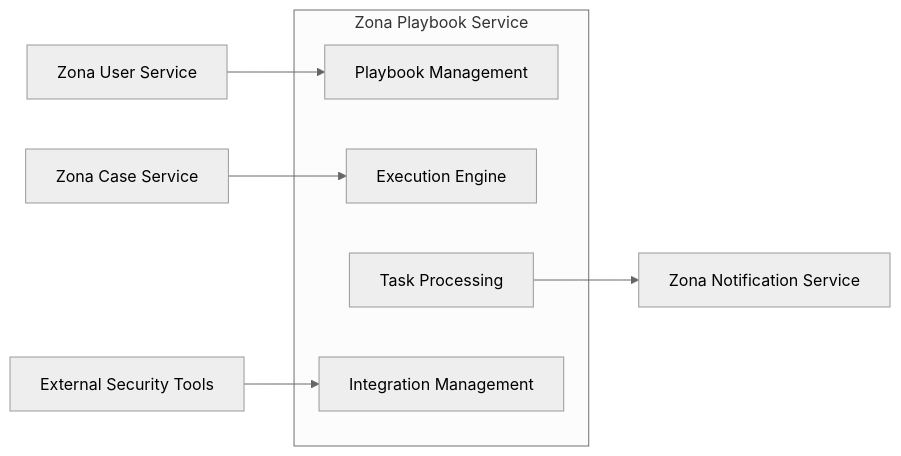
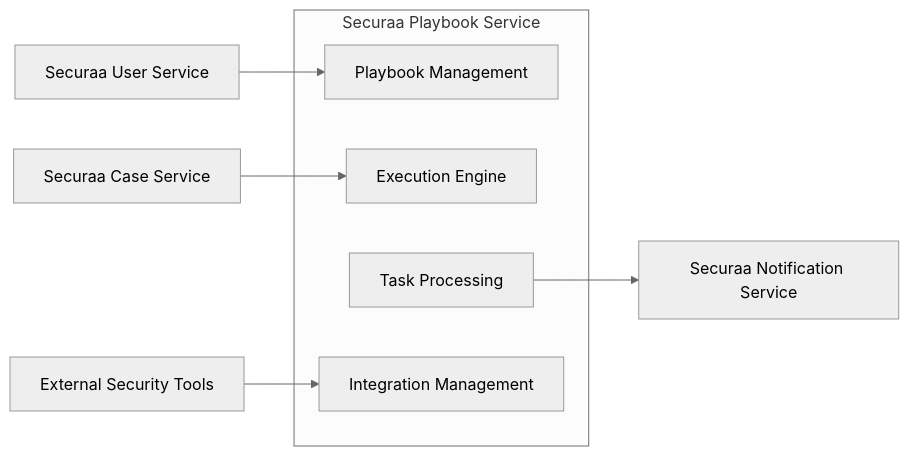
Before and after one commit to Vishwa0220/securaa-internal-documents: the third of 9 diagrams in HIGH_LEVEL_DESIGN.md, drawn with Mermaid (neutral theme). The commit also changed other lines of this file, not shown here.

Commit message:
Update HIGH_LEVEL_DESIGN.md: replace zona with securaa and reduce code block spacing

````diff
--- a/HIGH_LEVEL_DESIGN.md
+++ b/HIGH_LEVEL_DESIGN.md
@@ -102,14 +102,13 @@
 ```mermaid
 graph LR
-    subgraph "Zona Playbook Service"
+    subgraph "Securaa Playbook Service"
         A[Playbook Management]
         B[Execution Engine]
         C[Task Processing]
         D[Integration Management]
     end
-    
-    E[Zona User Service] --> A
-    F[Zona Case Service] --> B
+    E[Securaa User Service] --> A
+    F[Securaa Case Service] --> B
     G[External Security Tools] --> D
-    C --> H[Zona Notification Service]
+    C --> H[Securaa Notification Service]
 ```
````
